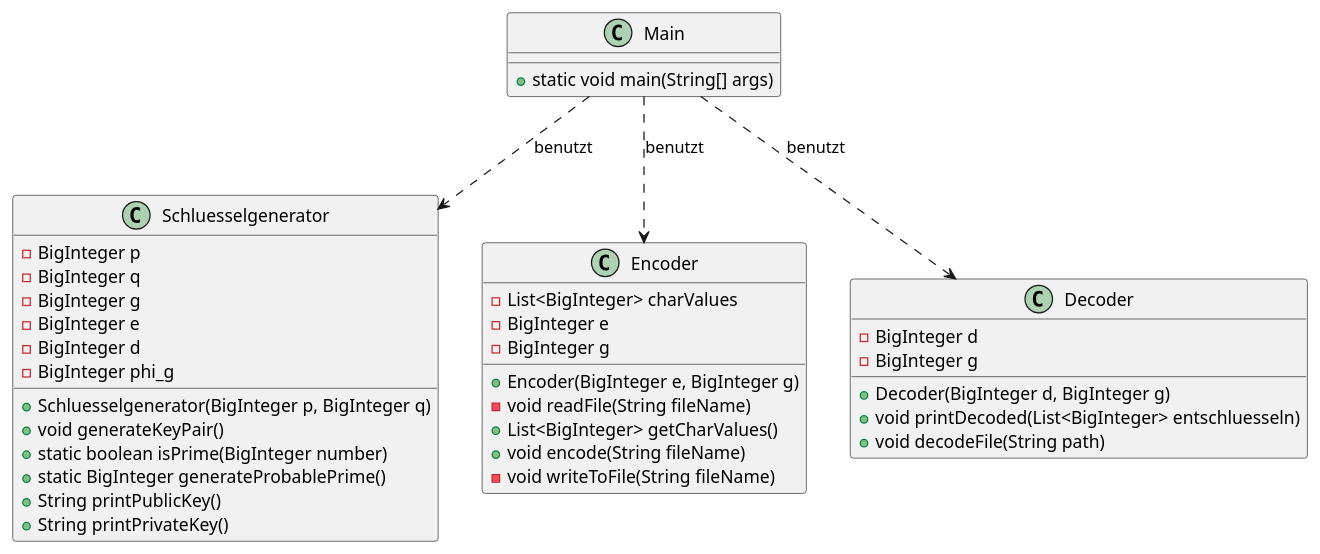
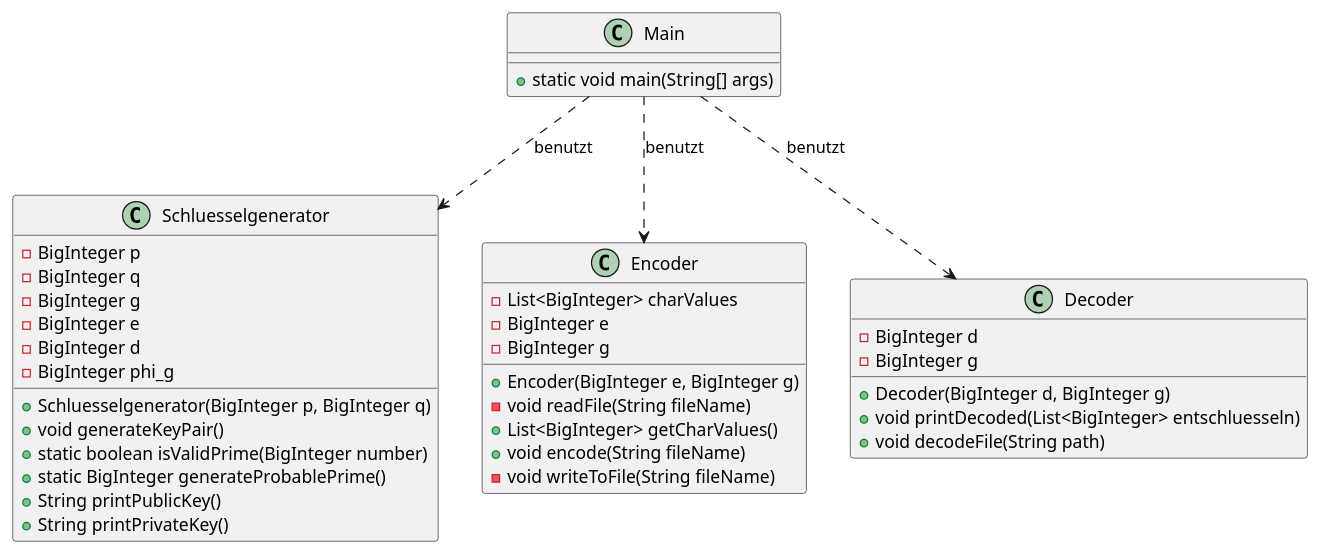
Before and after one commit to fansel/rsa-verschluesselung: the diagram in out/production/rsa-verschluesselung/de/jafe/src/src.plantuml, drawn with PlantUML. The commit also changed 11 other files, not shown here.

```diff
--- a/out/production/rsa-verschluesselung/de/jafe/src/src.plantuml
+++ b/out/production/rsa-verschluesselung/de/jafe/src/src.plantuml
@@ -1,43 +1,43 @@
 @startuml
 class Schluesselgenerator {
   -BigInteger p
   -BigInteger q
   -BigInteger g
   -BigInteger e
   -BigInteger d
   -BigInteger phi_g
   +Schluesselgenerator(BigInteger p, BigInteger q)
   +void generateKeyPair()
-  +static boolean isPrime(BigInteger number)
+  +static boolean isValidPrime(BigInteger number)
   +static BigInteger generateProbablePrime()
   +String printPublicKey()
   +String printPrivateKey()
 }
 
 class Encoder {
   -List<BigInteger> charValues
   -BigInteger e
   -BigInteger g
   +Encoder(BigInteger e, BigInteger g)
   -void readFile(String fileName)
   +List<BigInteger> getCharValues()
   +void encode(String fileName)
   -void writeToFile(String fileName)
 }
 
 class Decoder {
   -BigInteger d
   -BigInteger g
   +Decoder(BigInteger d, BigInteger g)
   +void printDecoded(List<BigInteger> entschluesseln)
   +void decodeFile(String path)
 }
 
 class Main {
     +static void main(String[] args)
 }
 
 Main ..> Schluesselgenerator : benutzt
 Main ..> Encoder : benutzt
 Main ..> Decoder : benutzt
 @enduml
```
